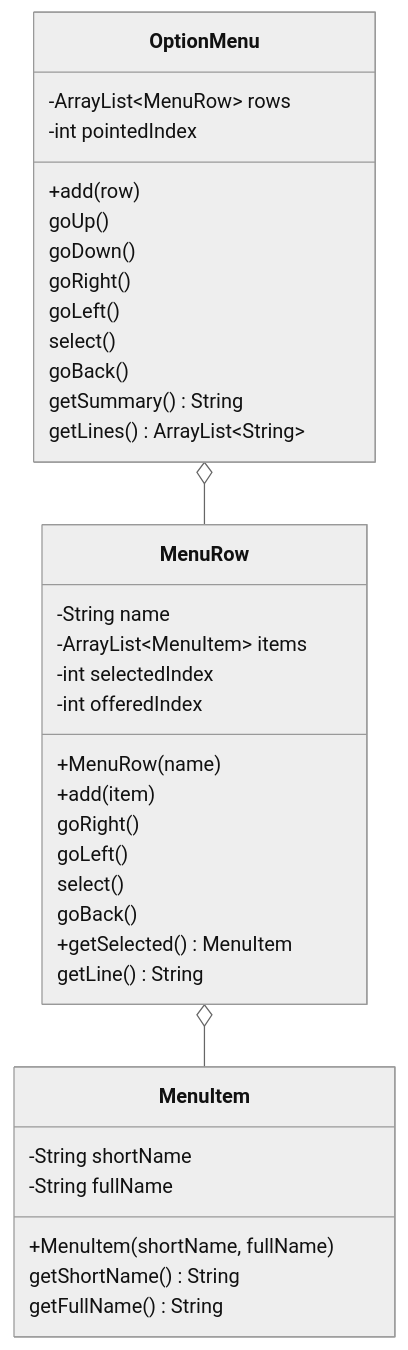
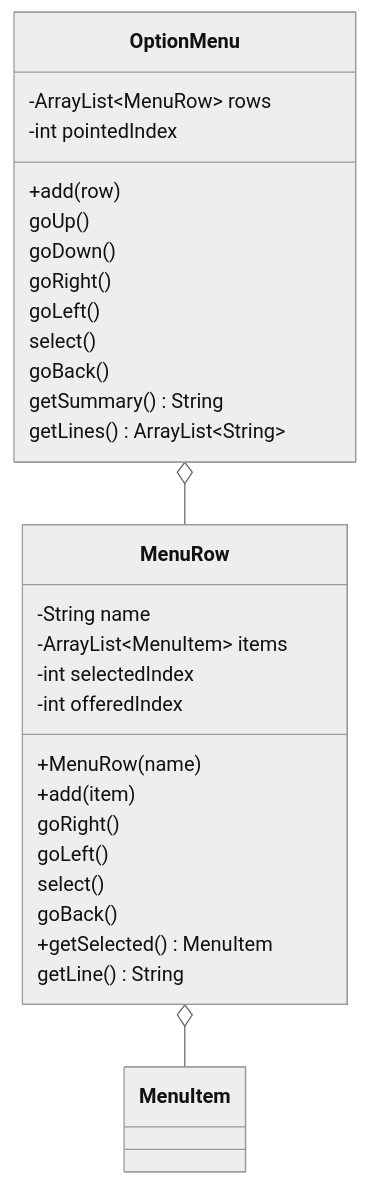
Before and after one commit to msb-stitt/ftc31459-26-27-biobuzz: the diagram in book/tools/mermaid/fig-l135-option-menu.mmd, drawn with Mermaid (neutral theme). The commit also changed 4 other files, not shown here.

Commit message:
DriverStationMenu's class diagram shows Tracker, used, with the methods called; OptionMenu's draws MenuItem as only its name; L135's ceiling 2700 words; media pinned at 913d297.

```diff
--- a/book/tools/mermaid/fig-l135-option-menu.mmd
+++ b/book/tools/mermaid/fig-l135-option-menu.mmd
@@ -1,37 +1,30 @@
 classDiagram
     class OptionMenu {
         -ArrayList~MenuRow~ rows
         -int pointedIndex
         +add(row)
         goUp()
         goDown()
         goRight()
         goLeft()
         select()
         goBack()
         getSummary() String
         getLines() ArrayList~String~
     }
     class MenuRow {
         -String name
         -ArrayList~MenuItem~ items
         -int selectedIndex
         -int offeredIndex
         +MenuRow(name)
         +add(item)
         goRight()
         goLeft()
         select()
         goBack()
         +getSelected() MenuItem
         getLine() String
     }
-    class MenuItem {
-        -String shortName
-        -String fullName
-        +MenuItem(shortName, fullName)
-        getShortName() String
-        getFullName() String
-    }
     OptionMenu o-- MenuRow
     MenuRow o-- MenuItem
```
